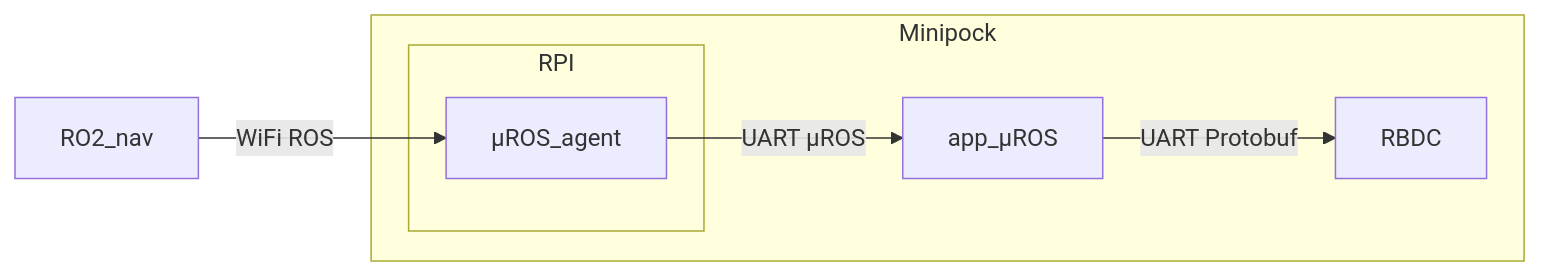
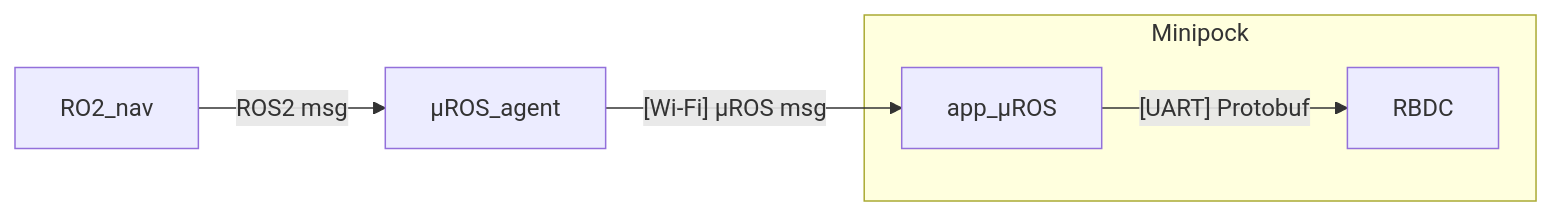
Before and after one commit to catie-aq/minipock_documentation: the first of 2 diagrams in latest/Système-embarqué.md, drawn with Mermaid. The commit also changed other lines of this file and 1 other file, not shown here.

Commit message:
Update MiniPock architecture, interface and topics in embedded software

````diff
--- a/latest/Système-embarqué.md
+++ b/latest/Système-embarqué.md
@@ -17,12 +21,10 @@
 ```mermaid
 flowchart LR
-  RO2_nav --WiFi ROS--> µROS_agent
+  RO2_nav --ROS2 msg--> µROS_agent
+  µROS_agent
+  µROS_agent --[Wi-Fi] µROS msg --> app_µROS
   subgraph Minipock
-  subgraph RPI
-  µROS_agent
-  end
-  µROS_agent --UART µROS--> app_µROS
- app_µROS --UART Protobuf--> RBDC
+  app_µROS --[UART] Protobuf--> RBDC
   end
 
 ```
````
